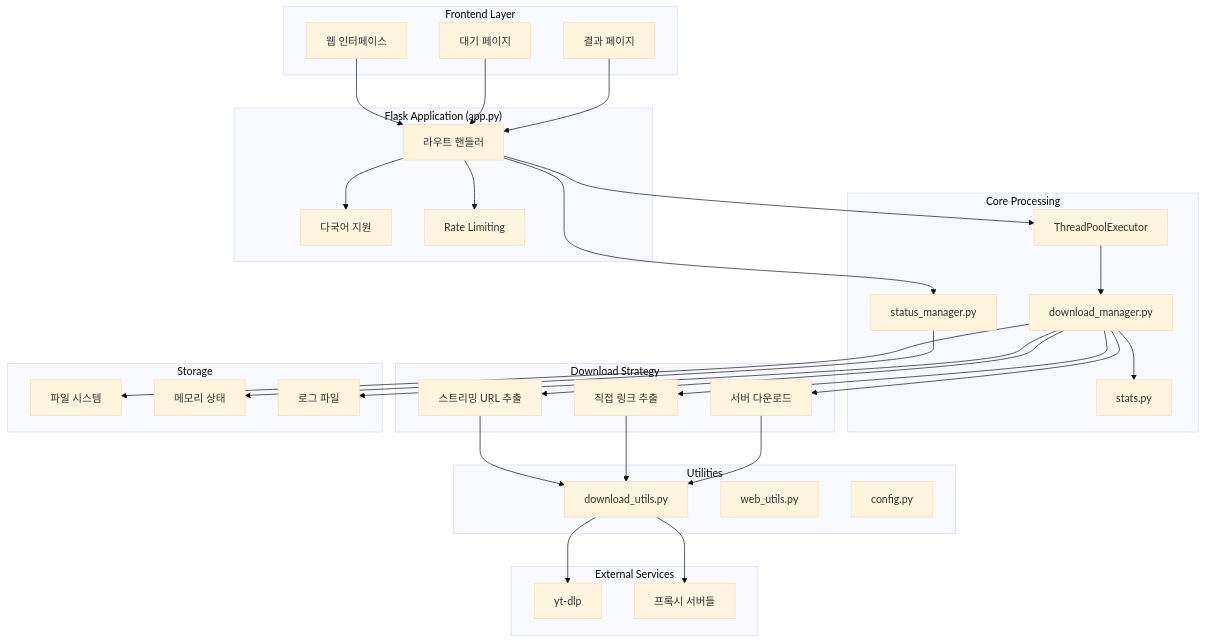
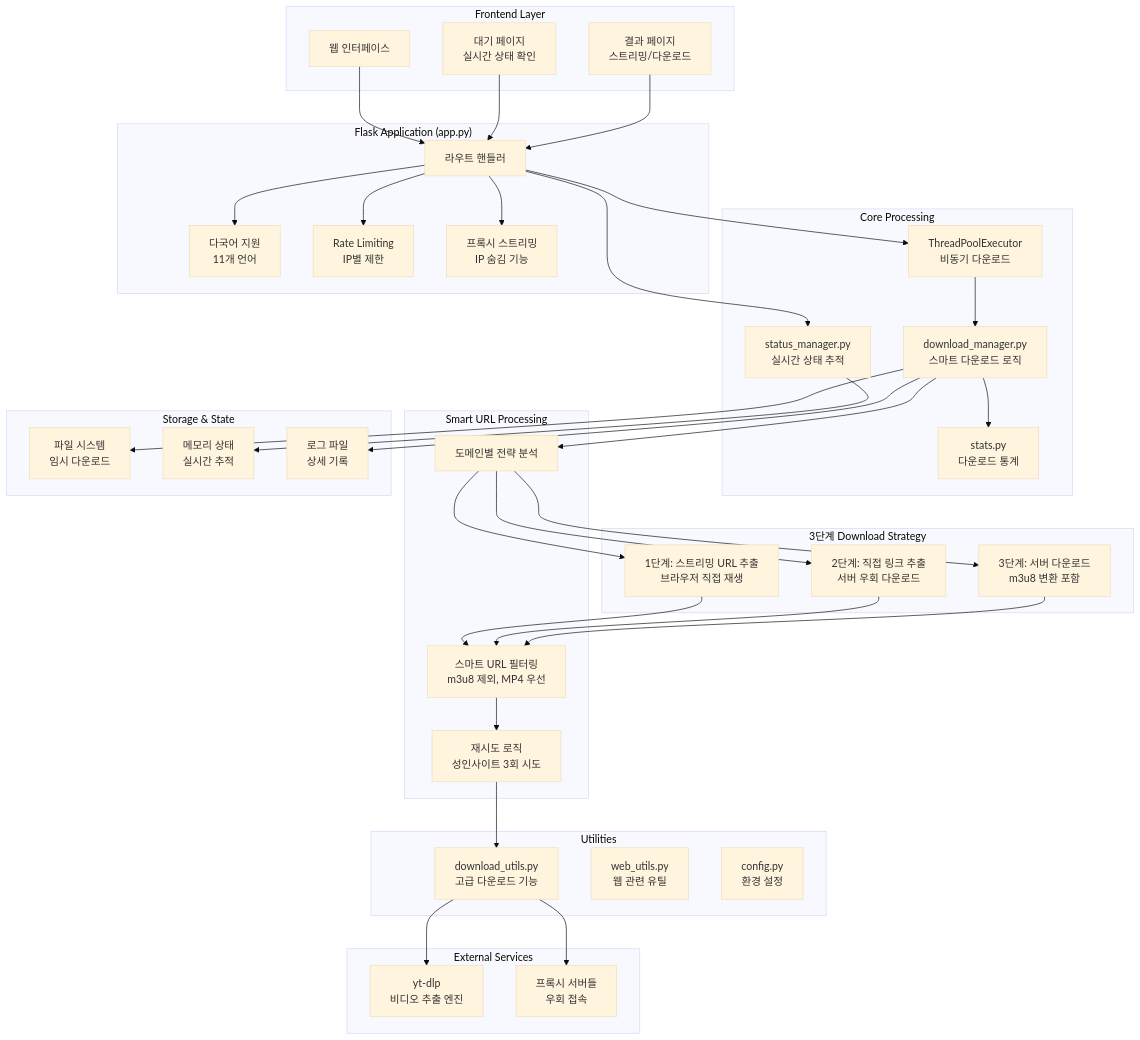
The first of 5 diagrams in README.md (raphaelIl/dl-test), drawn with Mermaid (base theme) before and after one commit. The commit also changed other lines of this file, not shown here.

Commit message:
docs: Enhance README with detailed descriptions of download strategies and IP masking proxy system

````diff
--- a/README.md
+++ b/README.md
@@ -24,65 +24,76 @@
 ```mermaid
 graph TB
     subgraph "Frontend Layer"
         UI[웹 인터페이스]
-        WAIT[대기 페이지]
-        RESULT[결과 페이지]
+        WAIT[대기 페이지<br/>실시간 상태 확인]
+        RESULT[결과 페이지<br/>스트리밍/다운로드]
     end
     
     subgraph "Flask Application (app.py)"
         ROUTE[라우트 핸들러]
-        LANG[다국어 지원]
-        LIMIT[Rate Limiting]
+        LANG[다국어 지원<br/>11개 언어]
+        LIMIT[Rate Limiting<br/>IP별 제한]
+        PROXY_STREAM[프록시 스트리밍<br/>IP 숨김 기능]
     end
     
     subgraph "Core Processing"
-        EXECUTOR[ThreadPoolExecutor]
-        MANAGER[download_manager.py]
-        STATUS[status_manager.py]
-        STATS[stats.py]
+        EXECUTOR[ThreadPoolExecutor<br/>비동기 다운로드]
+        MANAGER[download_manager.py<br/>스마트 다운로드 로직]
+        STATUS[status_manager.py<br/>실시간 상태 추적]
+        STATS[stats.py<br/>다운로드 통계]
     end
     
-    subgraph "Download Strategy"
-        STREAM[스트리밍 URL 추출]
-        DIRECT[직접 링크 추출]
-        SERVER[서버 다운로드]
+    subgraph "3단계 Download Strategy"
+        STREAM[1단계: 스트리밍 URL 추출<br/>브라우저 직접 재생]
+        DIRECT[2단계: 직접 링크 추출<br/>서버 우회 다운로드]
+        SERVER[3단계: 서버 다운로드<br/>m3u8 변환 포함]
+    end
+    
+    subgraph "Smart URL Processing"
+        DOMAIN_DETECT[도메인별 전략 분석]
+        URL_FILTER[스마트 URL 필터링<br/>m3u8 제외, MP4 우선]
+        RETRY_LOGIC[재시도 로직<br/>성인사이트 3회 시도]
     end
     
     subgraph "Utilities"
-        UTILS[download_utils.py]
-        WEB_UTILS[web_utils.py]
-        CONFIG[config.py]
+        UTILS[download_utils.py<br/>고급 다운로드 기능]
+        WEB_UTILS[web_utils.py<br/>웹 관련 유틸]
+        CONFIG[config.py<br/>환경 설정]
     end
     
     subgraph "External Services"
-        YT_DLP[yt-dlp]
-        PROXY[프록시 서버들]
+        YT_DLP[yt-dlp<br/>비디오 추출 엔진]
+        PROXY_SERVERS[프록시 서버들<br/>우회 접속]
     end
     
-    subgraph "Storage"
-        FS[파일 시스템]
-        MEMORY[메모리 상태]
-        LOGS[로그 파일]
+    subgraph "Storage & State"
+        FS[파일 시스템<br/>임시 다운로드]
+        MEMORY[메모리 상태<br/>실시간 추적]
+        LOGS[로그 파일<br/>상세 기록]
     end
     
     UI --> ROUTE
     WAIT --> ROUTE
     RESULT --> ROUTE
+    ROUTE --> PROXY_STREAM
     ROUTE --> EXECUTOR
     ROUTE --> STATUS
     EXECUTOR --> MANAGER
-    MANAGER --> STREAM
-    MANAGER --> DIRECT
-    MANAGER --> SERVER
-    STREAM --> UTILS
-    DIRECT --> UTILS
-    SERVER --> UTILS
+    MANAGER --> DOMAIN_DETECT
+    DOMAIN_DETECT --> STREAM
+    DOMAIN_DETECT --> DIRECT
+    DOMAIN_DETECT --> SERVER
+    STREAM --> URL_FILTER
+    DIRECT --> URL_FILTER
+    SERVER --> URL_FILTER
+    URL_FILTER --> RETRY_LOGIC
+    RETRY_LOGIC --> UTILS
     UTILS --> YT_DLP
-    UTILS --> PROXY
+    UTILS --> PROXY_SERVERS
     STATUS --> MEMORY
     MANAGER --> FS
     MANAGER --> LOGS
     ROUTE --> LANG
     ROUTE --> LIMIT
     MANAGER --> STATS
 ```
````
